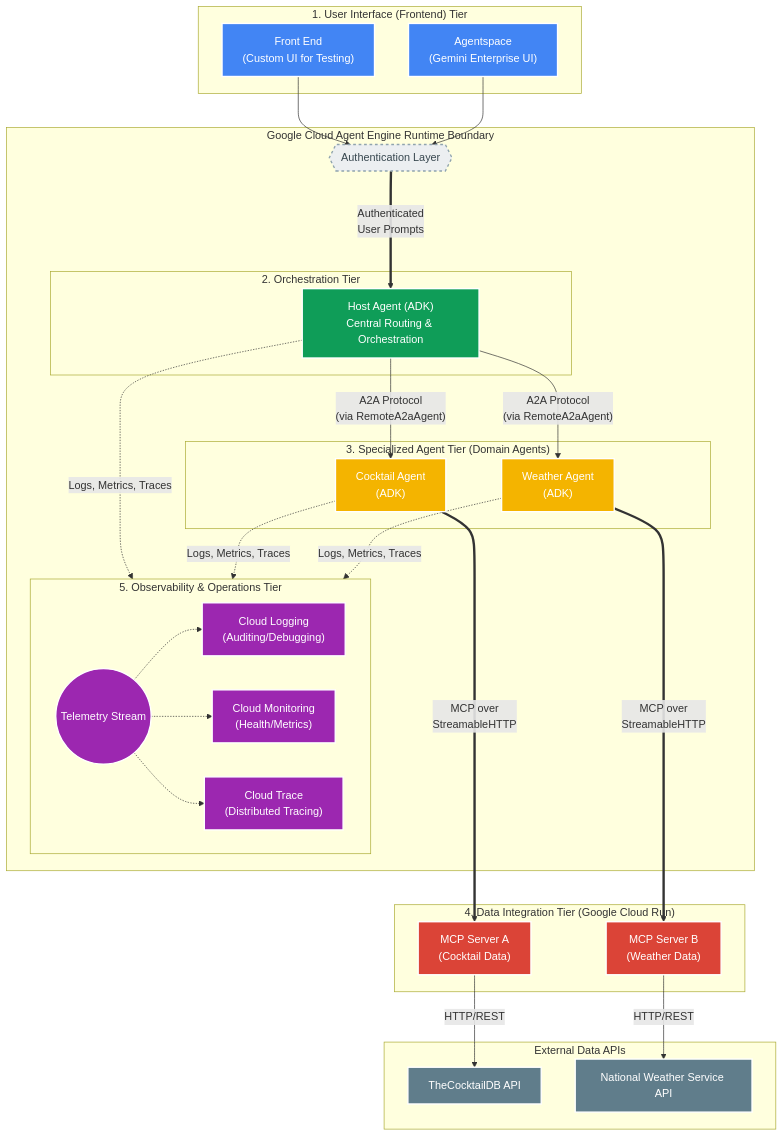
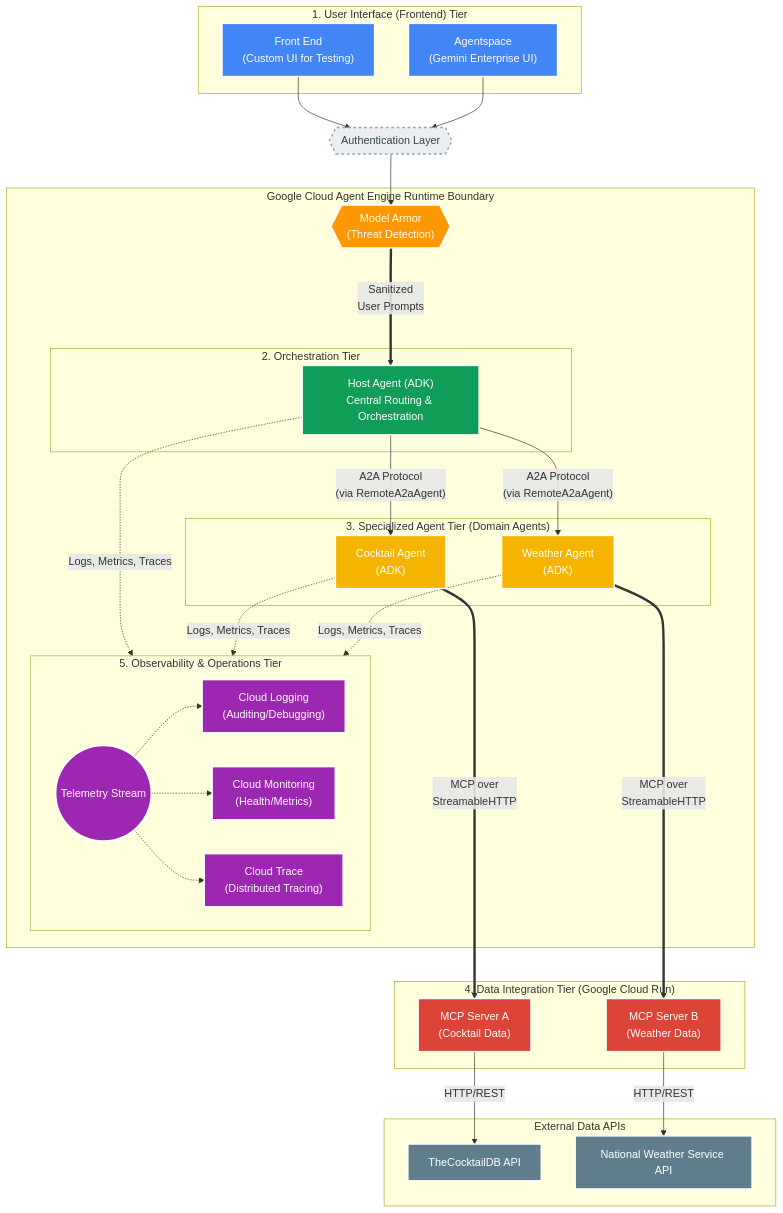
One commit to wadave/a2a-multiagent-ge-cicd changed the diagram in README.md. Above: the diagram before and after it, drawn with Mermaid. The commit also changed other lines of this file and 2 other files, not shown here.

Commit message:
chore: update diagram to include model armor

````diff
--- a/README.md
+++ b/README.md
@@ -76,78 +80,81 @@
 ```mermaid
 graph TD
     %% Define Styles & Colors
     classDef ui fill:#4285F4,stroke:#fff,stroke-width:2px,color:#fff
     classDef auth fill:#ECEFF1,stroke:#90A4AE,stroke-width:2px,stroke-dasharray: 4 4,color:#37474F
     classDef host fill:#0F9D58,stroke:#fff,stroke-width:2px,color:#fff
     classDef agent fill:#F4B400,stroke:#fff,stroke-width:2px,color:#fff
     classDef mcp fill:#DB4437,stroke:#fff,stroke-width:2px,color:#fff
     classDef api fill:#607D8B,stroke:#fff,stroke-width:2px,color:#fff
     classDef obs fill:#9C27B0,stroke:#fff,stroke-width:2px,color:#fff
+    classDef security fill:#FF9800,stroke:#fff,stroke-width:2px,color:#fff
 
     %% 1. User Interface Tier
     subgraph Tier1 ["1. User Interface (Frontend) Tier"]
         UI1["Front End<br/>(Custom UI for Testing)"]:::ui
         UI2["Agentspace<br/>(Gemini Enterprise UI)"]:::ui
     end
 
     Auth{{"Authentication Layer"}}:::auth
+    MA{{"Model Armor<br/>(Threat Detection)"}}:::security
     UI1 --> Auth
     UI2 --> Auth
+    Auth --> MA
 
     %% Google Cloud Agent Engine Boundary
     subgraph GCP_AE ["Google Cloud Agent Engine Runtime Boundary"]
         
         %% 2. Orchestration Tier
         subgraph Tier2 ["2. Orchestration Tier"]
             HA["Host Agent (ADK)<br/>Central Routing & Orchestration"]:::host
         end
 
         %% 3. Specialized Agent Tier
         subgraph Tier3 ["3. Specialized Agent Tier (Domain Agents)"]
             CA["Cocktail Agent<br/>(ADK)"]:::agent
             WA["Weather Agent<br/>(ADK)"]:::agent
         end
 
         %% 5. Observability & Operations Tier
         subgraph Tier5 ["5. Observability & Operations Tier"]
             direction LR
             TelemetryBus(("Telemetry Stream")):::obs
             LOG["Cloud Logging<br/>(Auditing/Debugging)"]:::obs
             MON["Cloud Monitoring<br/>(Health/Metrics)"]:::obs
             TRC["Cloud Trace<br/>(Distributed Tracing)"]:::obs
             
             TelemetryBus -.-> LOG
             TelemetryBus -.-> MON
             TelemetryBus -.-> TRC
         end
 
         %% Internal Engine Connections
-        Auth == "Authenticated<br/>User Prompts" ===> HA
+        MA == "Sanitized<br/>User Prompts" ===> HA
         HA -- "A2A Protocol<br/>(via RemoteA2aAgent)" --> CA
         HA -- "A2A Protocol<br/>(via RemoteA2aAgent)" --> WA
 
         %% Telemetry Flow (All agents send to all 3 tools)
         HA -. "Logs, Metrics, Traces" .-> TelemetryBus
         CA -. "Logs, Metrics, Traces" .-> TelemetryBus
         WA -. "Logs, Metrics, Traces" .-> TelemetryBus
     end
 
     %% 4. Data Integration Tier
     subgraph Tier4 ["4. Data Integration Tier (Google Cloud Run)"]
         CMCP["MCP Server A<br/>(Cocktail Data)"]:::mcp
         WMCP["MCP Server B<br/>(Weather Data)"]:::mcp
     end
 
     %% External Connections
     CA == "MCP over<br/>StreamableHTTP" ===> CMCP
     WA == "MCP over<br/>StreamableHTTP" ===> WMCP
 
     %% External APIs
     subgraph Ext_APIs ["External Data APIs"]
         CDB["TheCocktailDB API"]:::api
         NWS["National Weather Service API"]:::api
     end
 
     CMCP -- "HTTP/REST" --> CDB
     WMCP -- "HTTP/REST" --> NWS
 ```
````
